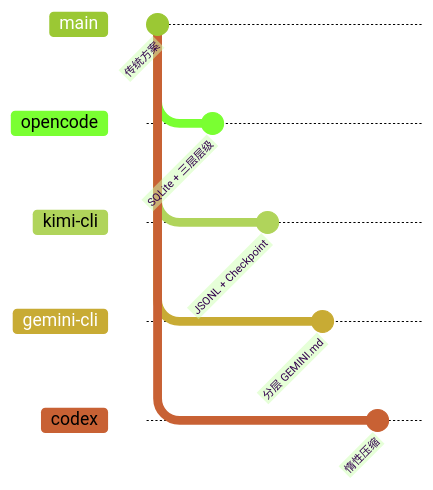
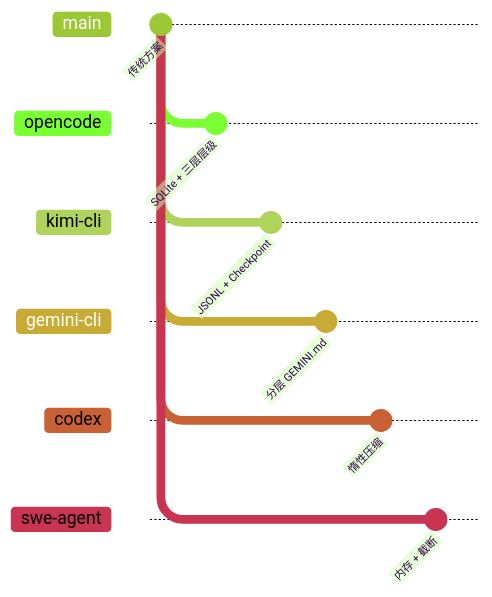
Diagram 11 of 11 in docs/opencode/07-opencode-memory-context.md (giraffe-tree/agent-base), drawn with Mermaid (forest theme) before and after one commit. The commit also changed other lines of this file and 155 other files, not shown here.

````diff
--- a/docs/opencode/07-opencode-memory-context.md
+++ b/docs/opencode/07-opencode-memory-context.md
@@ -761,19 +843,23 @@
 ```mermaid
 gitGraph
     commit id: "传统方案"
     branch "opencode"
     checkout opencode
     commit id: "SQLite + 三层层级"
     checkout main
     branch "kimi-cli"
     checkout kimi-cli
     commit id: "JSONL + Checkpoint"
     checkout main
     branch "gemini-cli"
     checkout gemini-cli
     commit id: "分层 GEMINI.md"
     checkout main
     branch "codex"
     checkout codex
     commit id: "惰性压缩"
+    checkout main
+    branch "swe-agent"
+    checkout swe-agent
+    commit id: "内存 + 截断"
 ```
````
